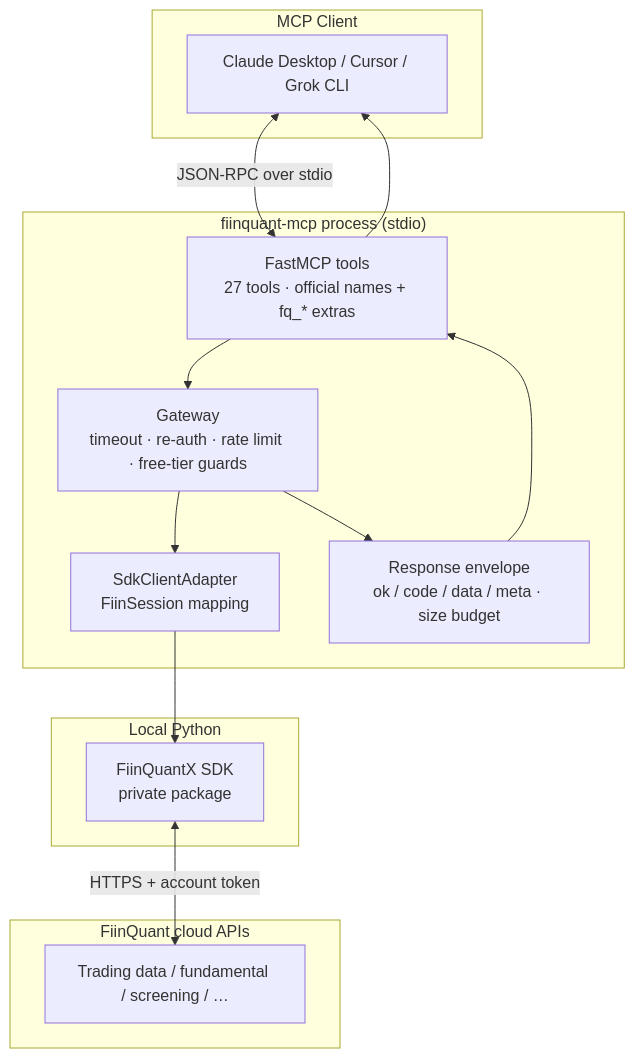
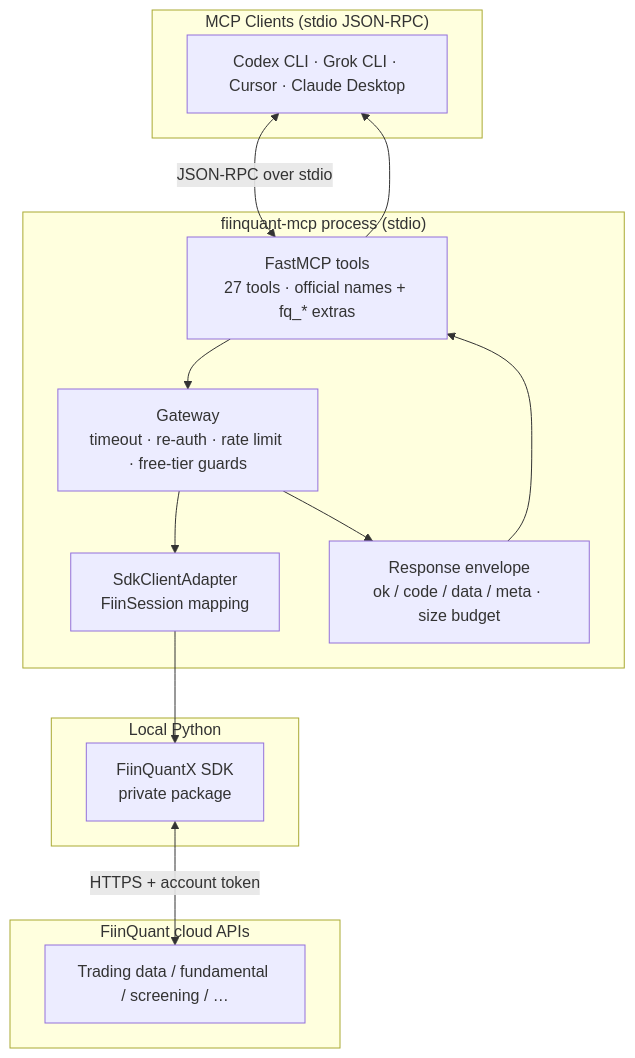
Before and after one commit to luongndcoder/fiinquant-python-mcp: the first of 3 diagrams in README.md, drawn with Mermaid. The commit also changed other lines of this file and 4 other files, not shown here.

First line of the commit message:
docs: multi-client setup for Codex, Grok, Cursor, uvx

````diff
--- a/README.md
+++ b/README.md
@@ -13,30 +20,30 @@
 ```mermaid
 flowchart TB
-  subgraph Client["MCP Client"]
-    A["Claude Desktop / Cursor / Grok CLI"]
+  subgraph Client["MCP Clients (stdio JSON-RPC)"]
+    A["Codex CLI · Grok CLI · Cursor · Claude Desktop"]
   end
 
   subgraph MCP["fiinquant-mcp process (stdio)"]
     B["FastMCP tools<br/>27 tools · official names + fq_* extras"]
     C["Gateway<br/>timeout · re-auth · rate limit · free-tier guards"]
     D["Response envelope<br/>ok / code / data / meta · size budget"]
     E["SdkClientAdapter<br/>FiinSession mapping"]
   end
 
   subgraph SDK["Local Python"]
     F["FiinQuantX SDK<br/>private package"]
   end
 
   subgraph Cloud["FiinQuant cloud APIs"]
     G["Trading data / fundamental / screening / …"]
   end
 
   A <-->|"JSON-RPC over stdio"| B
   B --> C
   C --> E
   E --> F
   F <-->|"HTTPS + account token"| G
   C --> D
   D --> B
   B --> A
 ```
````
